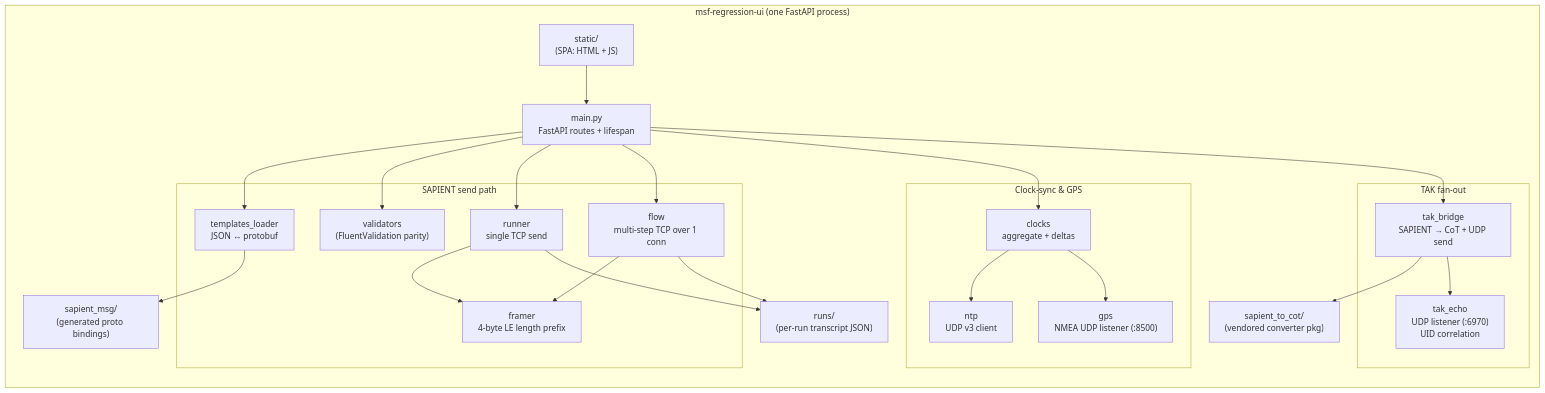
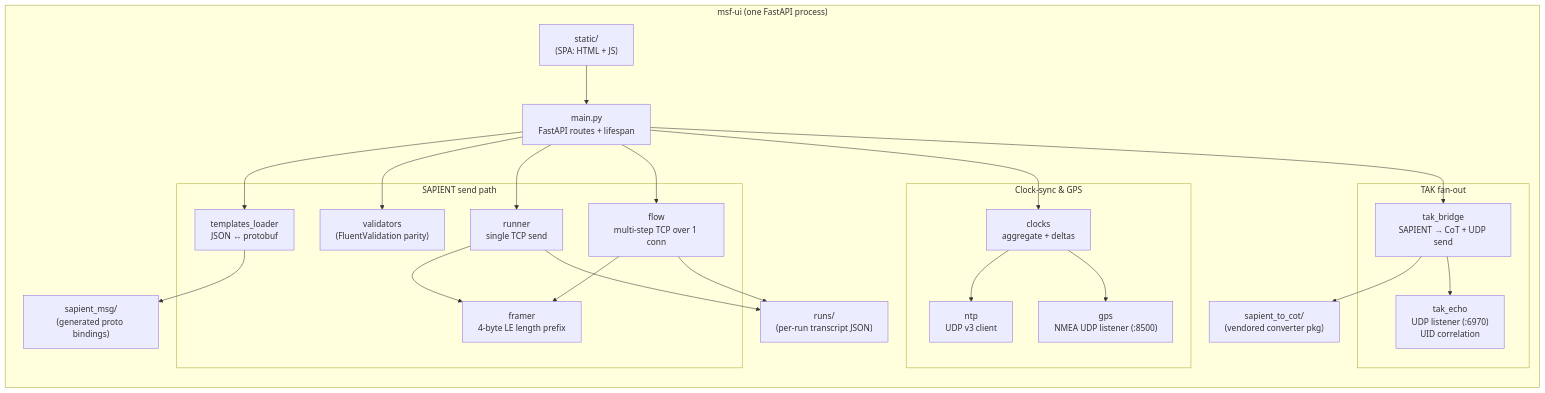
One commit to vinayakkankanwadi/multi-sensor-fusion changed the second of 12 diagrams in Architecture.md. Above: the diagram before and after it, drawn with Mermaid. The commit also changed other lines of this file and 50 other files, not shown here.

````diff
--- a/Architecture.md
+++ b/Architecture.md
@@ -67,48 +67,48 @@
 ```mermaid
 flowchart TB
-    subgraph container["msf-regression-ui (one FastAPI process)"]
+    subgraph container["msf-ui (one FastAPI process)"]
         direction TB
         Static["static/<br/>(SPA: HTML + JS)"]
         Main["main.py<br/>FastAPI routes + lifespan"]
 
         subgraph send["SAPIENT send path"]
             Templates["templates_loader<br/>JSON ↔ protobuf"]
             Validators["validators<br/>(FluentValidation parity)"]
             Framer["framer<br/>4-byte LE length prefix"]
             Runner["runner<br/>single TCP send"]
             Flow["flow<br/>multi-step TCP over 1 conn"]
         end
 
         subgraph clocks["Clock-sync & GPS"]
             NTP["ntp<br/>UDP v3 client"]
             GPS["gps<br/>NMEA UDP listener (:8500)"]
             Clocks["clocks<br/>aggregate + deltas"]
         end
 
         subgraph takout["TAK fan-out"]
             Bridge["tak_bridge<br/>SAPIENT → CoT + UDP send"]
             Echo["tak_echo<br/>UDP listener (:6970)<br/>UID correlation"]
         end
 
         Proto["sapient_msg/<br/>(generated proto bindings)"]
         SapientToCot["sapient_to_cot/<br/>(vendored converter pkg)"]
         Runs["runs/<br/>(per-run transcript JSON)"]
     end
 
     Static --> Main
     Main --> Templates
     Main --> Validators
     Main --> Runner
     Main --> Flow
     Main --> Clocks
     Main --> Bridge
     Runner --> Framer
     Flow --> Framer
     Templates --> Proto
     Bridge --> SapientToCot
     Bridge --> Echo
     Clocks --> NTP
     Clocks --> GPS
     Runner --> Runs
     Flow --> Runs
 ```
````
